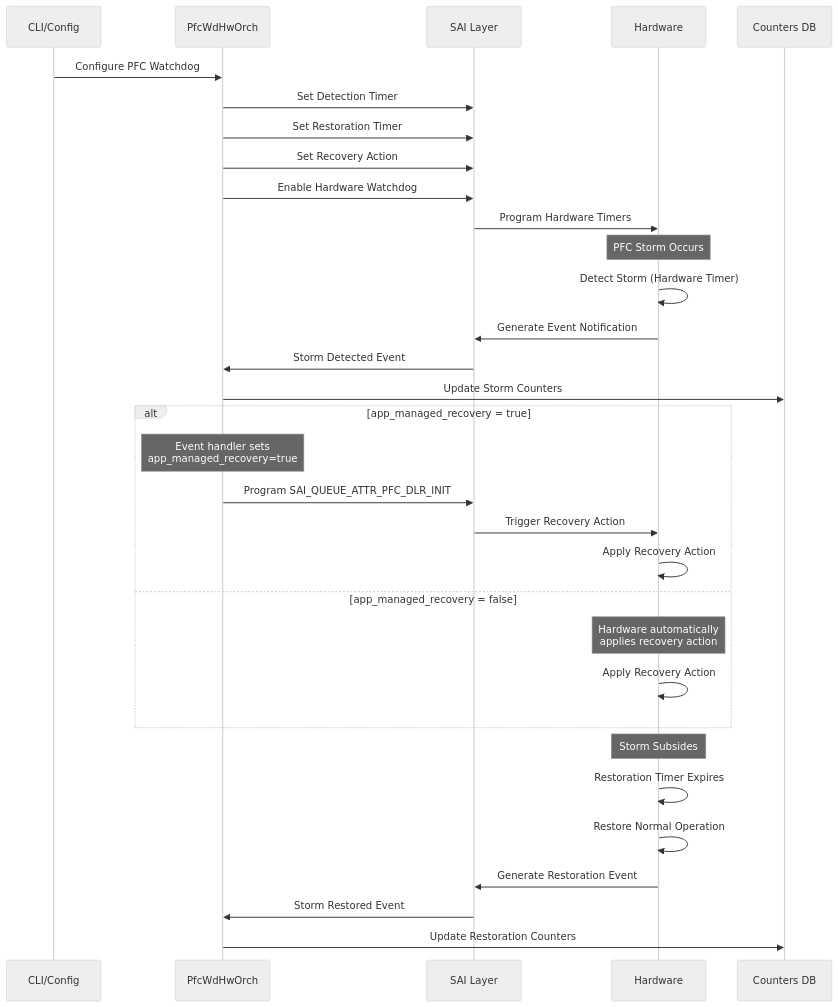
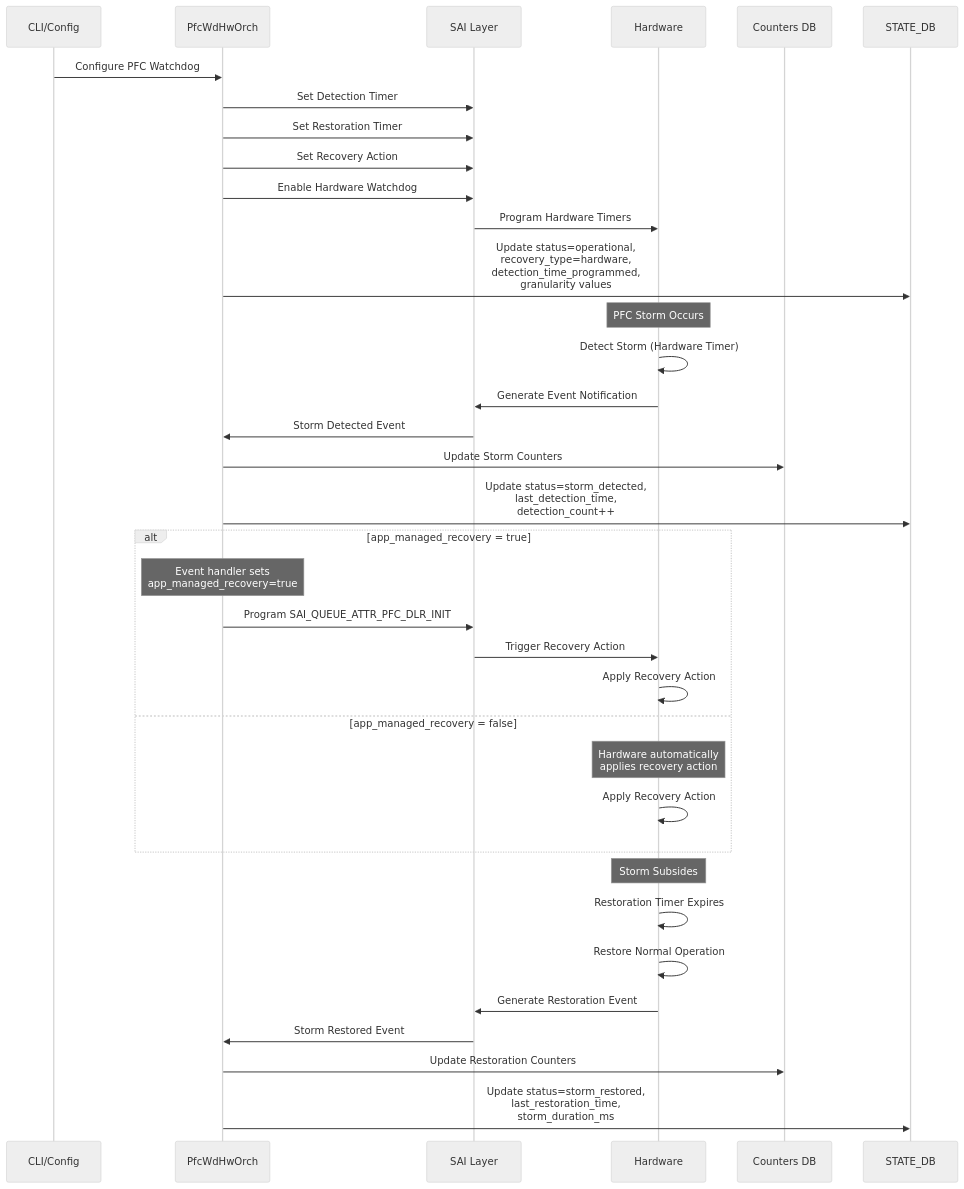
The second of 3 diagrams in doc/pfcwd/pfc_hardware_recovery_hld.md (sonic-net/SONiC), drawn with Mermaid (neutral theme) before and after one commit. The commit also changed other lines of this file, not shown here.

First line of the commit message:
Add STATE_DB schema and SDK/hardware responsibilities to PFC Watchdog HLD

````diff
--- a/doc/pfcwd/pfc_hardware_recovery_hld.md
+++ b/doc/pfcwd/pfc_hardware_recovery_hld.md
@@ -138,38 +151,42 @@
 ```mermaid
 sequenceDiagram
     participant CLI as CLI/Config
     participant Orch as PfcWdHwOrch
     participant SAI as SAI Layer
     participant HW as Hardware
     participant DB as Counters DB
+    participant StateDB as STATE_DB
 
     CLI->>Orch: Configure PFC Watchdog
     Orch->>SAI: Set Detection Timer
     Orch->>SAI: Set Restoration Timer
     Orch->>SAI: Set Recovery Action
     Orch->>SAI: Enable Hardware Watchdog
     SAI->>HW: Program Hardware Timers
+    Orch->>StateDB: Update status=operational,<br/>recovery_type=hardware,<br/>detection_time_programmed,<br/>granularity values
 
     Note over HW: PFC Storm Occurs
     HW->>HW: Detect Storm (Hardware Timer)
     HW->>SAI: Generate Event Notification
     SAI->>Orch: Storm Detected Event
     Orch->>DB: Update Storm Counters
+    Orch->>StateDB: Update status=storm_detected,<br/>last_detection_time,<br/>detection_count++
 
     alt app_managed_recovery = true
         Note over Orch: Event handler sets<br/>app_managed_recovery=true
         Orch->>SAI: Program SAI_QUEUE_ATTR_PFC_DLR_INIT
         SAI->>HW: Trigger Recovery Action
         HW->>HW: Apply Recovery Action
     else app_managed_recovery = false
         Note over HW: Hardware automatically<br/>applies recovery action
         HW->>HW: Apply Recovery Action
     end
 
     Note over HW: Storm Subsides
     HW->>HW: Restoration Timer Expires
     HW->>HW: Restore Normal Operation
     HW->>SAI: Generate Restoration Event
     SAI->>Orch: Storm Restored Event
     Orch->>DB: Update Restoration Counters
+    Orch->>StateDB: Update status=storm_restored,<br/>last_restoration_time,<br/>storm_duration_ms
 ```
````
